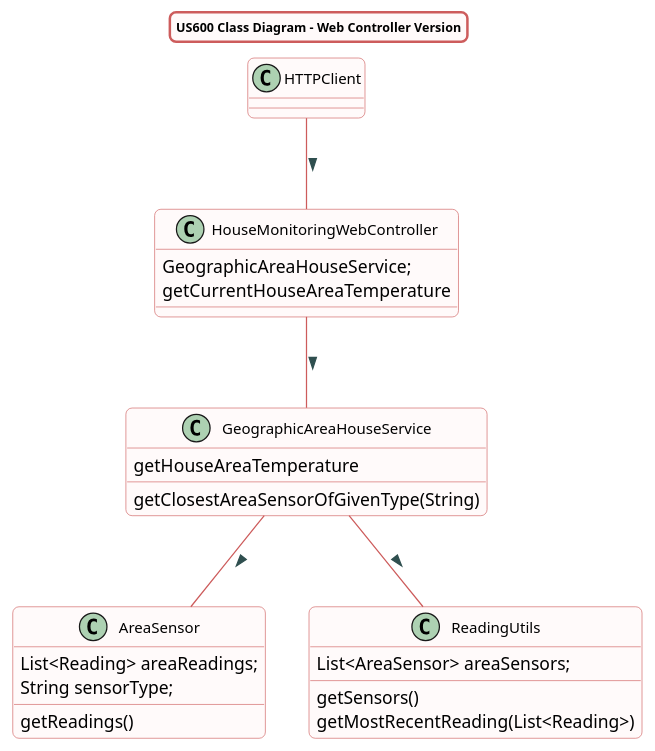
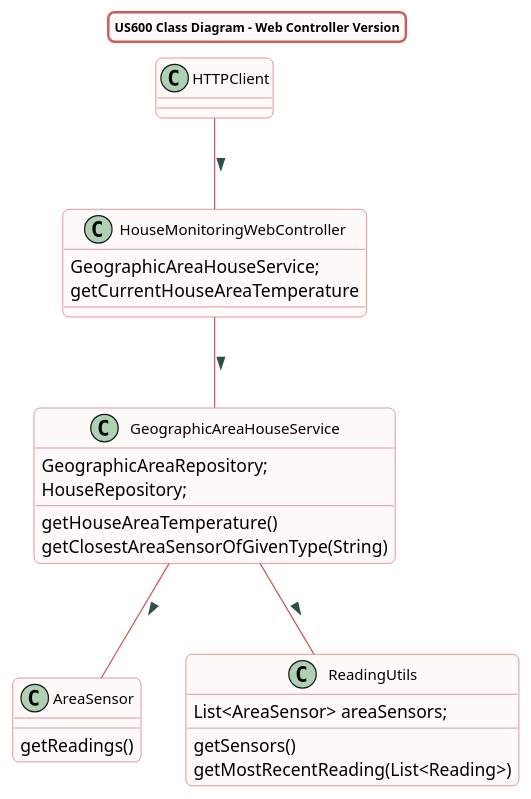
One commit to Almadanmp/project changed the diagram in src/doc/WEB_Controllers/HouseMonitoring/US600/US600_cd_HouseMonitoring.puml. Above: the diagram before and after it, drawn with PlantUML.

Commit message:
REF #478 us600 ClassDiagram finished

```diff
--- a/src/doc/WEB_Controllers/HouseMonitoring/US600/US600_cd_HouseMonitoring.puml
+++ b/src/doc/WEB_Controllers/HouseMonitoring/US600/US600_cd_HouseMonitoring.puml
@@ -1,57 +1,54 @@
 @startuml
 title US600 Class Diagram - Web Controller Version
 
 skinparam titleBorderRoundCorner 10
 skinparam titleBorderThickness 2
 skinparam titleBorderColor indianred
 skinparam titleBackgroundColor Snow
 skinparam FontName quicksand
 skinparam titleFontSize 10
 skinparam roundcorner 10
 
 
 skinparam class {
  BorderColor indianred
  BackgroundColor indianred
  BackgroundColor Snow
   roundcorner 10
   ArrowFontName Verdana
   ArrowColor indianred
   ArrowFontColor darkslategrey
   FontSize 12
 }
 
-
-
 HTTPClient -- HouseMonitoringWebController : >
 HouseMonitoringWebController -- GeographicAreaHouseService : >
 GeographicAreaHouseService -- AreaSensor : >
 GeographicAreaHouseService -- ReadingUtils : >
 
 class HouseMonitoringWebController {
 GeographicAreaHouseService;
 getCurrentHouseAreaTemperature
 }
 
 class GeographicAreaHouseService{
-getHouseAreaTemperature
+GeographicAreaRepository;
+HouseRepository;
+getHouseAreaTemperature()
 getClosestAreaSensorOfGivenType(String)
 }
 
 class ReadingUtils{
 List<AreaSensor> areaSensors;
 getSensors()
 }
 
 class AreaSensor{
-List<Reading> areaReadings;
-String sensorType;
 getReadings()
 }
 
 class ReadingUtils{
 getMostRecentReading(List<Reading>)
-
 }
 
 @enduml
```
